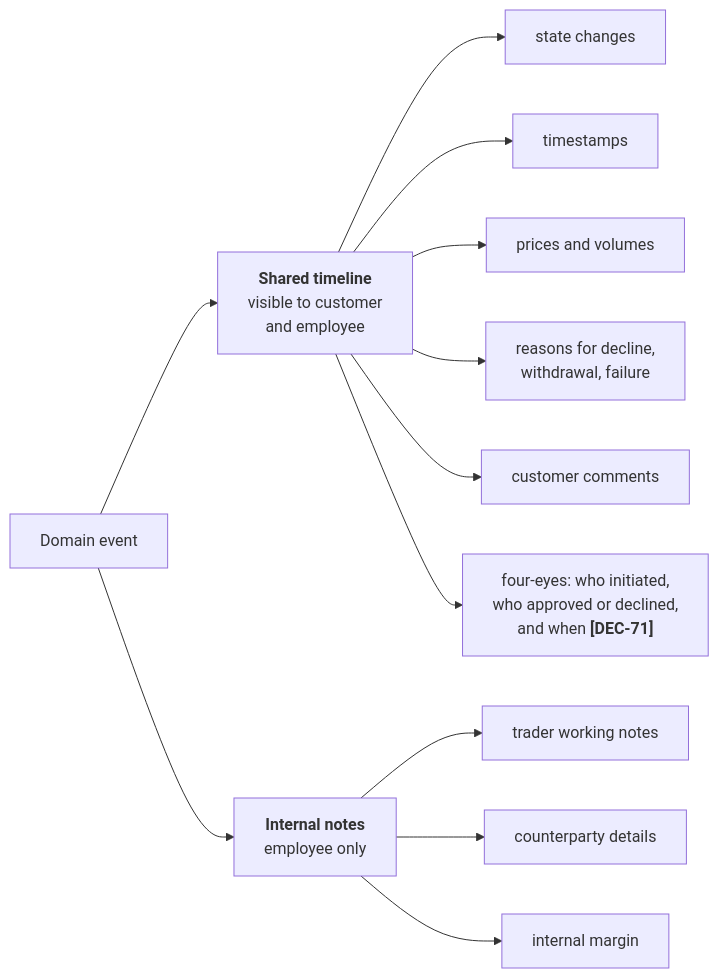
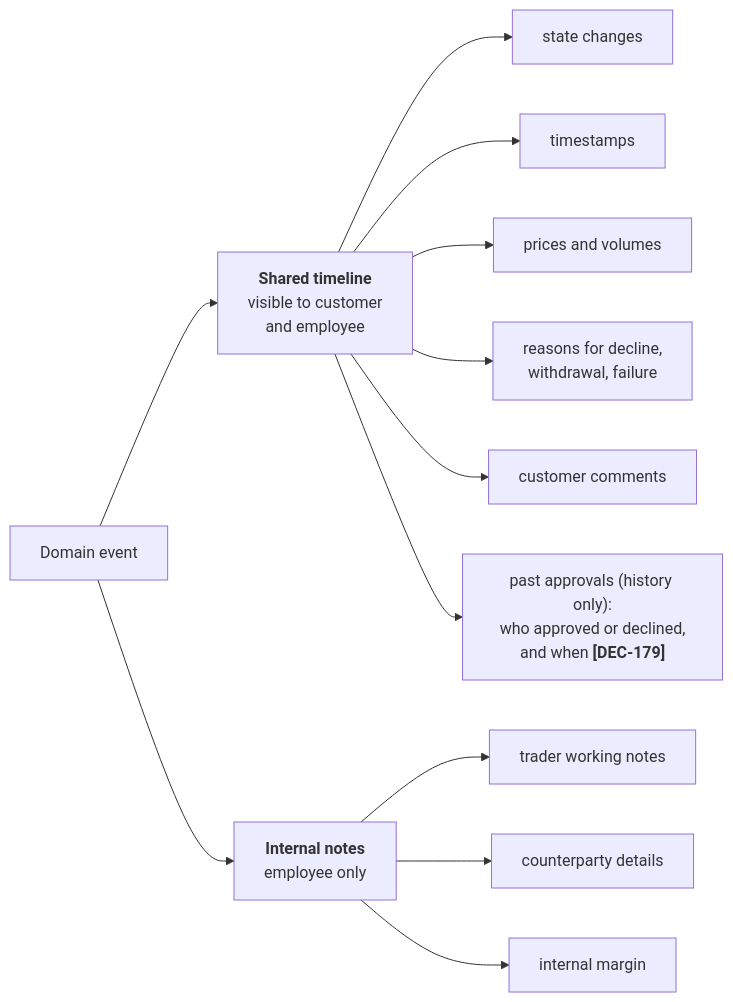
Before and after one commit to lukastosic-ifd/peakpowerspecs: the diagram in specs/10-features/F15-audit-and-observability.md, drawn with Mermaid. The commit also changed other lines of this file and 40 other files, not shown here.

First line of the commit message:
DEC-179: the four-eyes rule is removed (#21)

````diff
--- a/specs/10-features/F15-audit-and-observability.md
+++ b/specs/10-features/F15-audit-and-observability.md
@@ -52,17 +52,17 @@
 ```mermaid
 flowchart LR
     E["Domain event"]
     E --> SHARED["<b>Shared timeline</b><br/>visible to customer<br/>and employee"]
     E --> INTERNAL["<b>Internal notes</b><br/>employee only"]
 
     SHARED --> S1["state changes"]
     SHARED --> S2["timestamps"]
     SHARED --> S3["prices and volumes"]
     SHARED --> S4["reasons for decline,<br/>withdrawal, failure"]
     SHARED --> S5["customer comments"]
-    SHARED --> S6["four-eyes: who initiated,<br/>who approved or declined,<br/>and when <b>[DEC-71]</b>"]
+    SHARED --> S6["past approvals (history only):<br/>who approved or declined,<br/>and when <b>[DEC-179]</b>"]
 
     INTERNAL --> I1["trader working notes"]
     INTERNAL --> I2["counterparty details"]
     INTERNAL --> I3["internal margin"]
 ```
````
